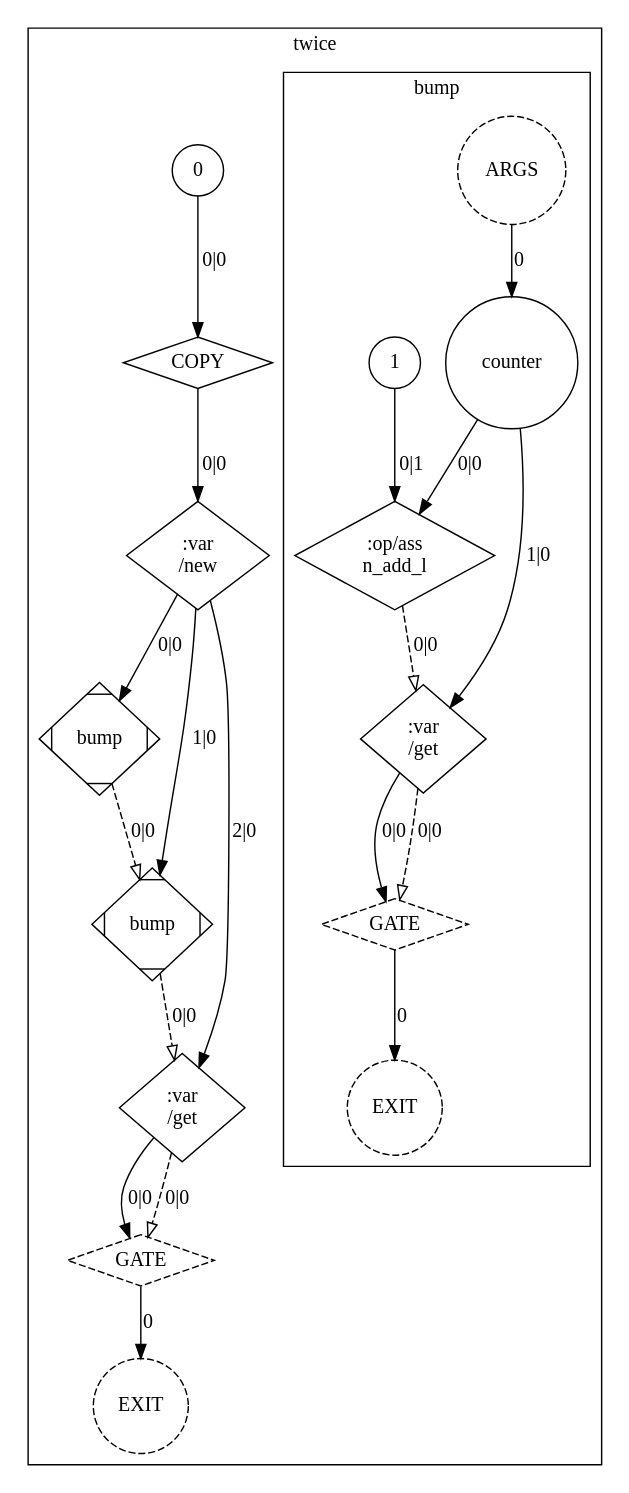
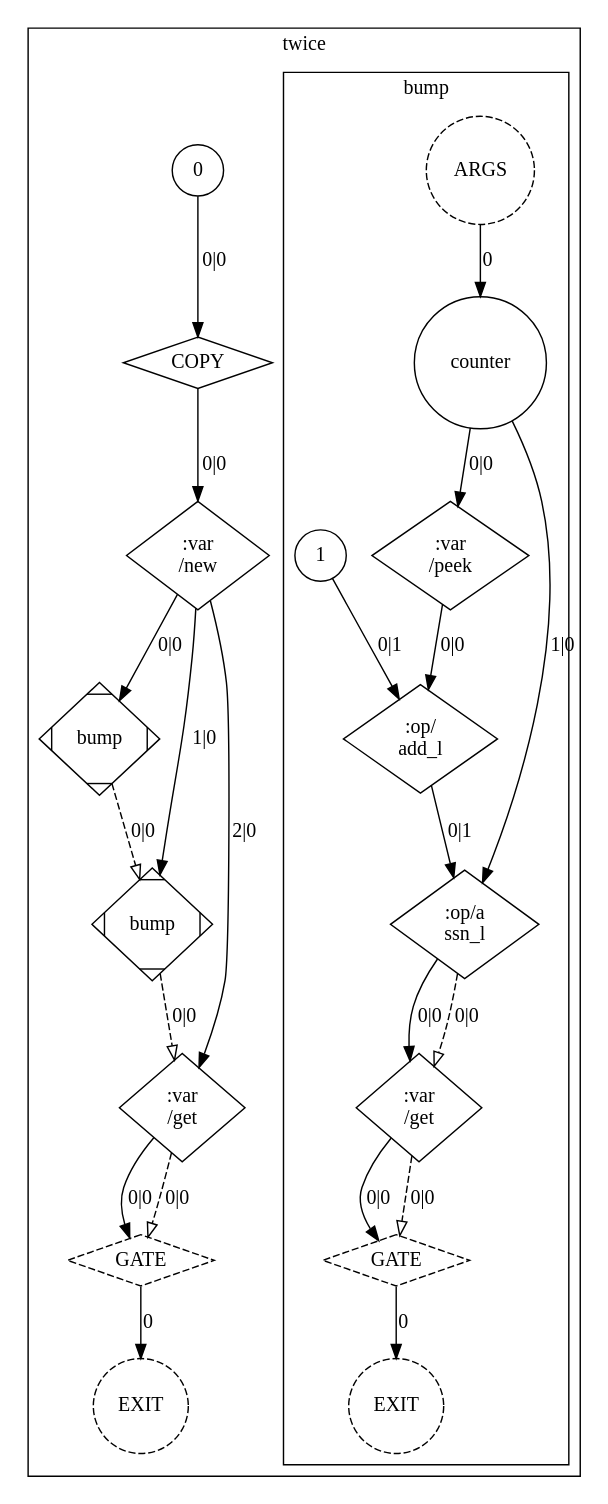
Before and after one commit to OpenCML/Camel: the diagram in docs/tutorial/images/10_var_order.dot, drawn with Graphviz. The commit also changed 1 other file, not shown here.

Commit message:
The order picture is redrawn from the merged tree: the array alias and the slice changes moved the graph's nodes, so the stored drawing followed the compiler rather than the other way round

```diff
--- a/docs/tutorial/images/10_var_order.dot
+++ b/docs/tutorial/images/10_var_order.dot
@@ -1,43 +1,48 @@
 digraph GraphIR {
         subgraph cluster_F02 {
             label="twice";
             tooltip="() => int";
             subgraph cluster_F03 {
                 label="bump";
                 tooltip="(var counter: int) => int";
                 F03 [label="ARGS", type="ARGS", style=dashed, shape=circle];
                 O03 [label="EXIT", type="EXIT", style=dashed, shape=circle];
                 N00 [label="counter", type="PORT", param_name="counter", param_kind="normal", param_index="0", value_type="var int", shape=circle, style=solid, tooltip="counter"];
                 N01 [label="1", type="DATA", shape=circle, style=solid, value_type="int", tooltip="1"];
-                N02 [label=":op/ass\nn_add_l", type="OPER", shape=diamond, style=solid, value_type="int", tooltip=":op/assn_add_l"];
-                N03 [label=":var\n/get", type="OPER", shape=diamond, style=solid, value_type="int", tooltip=":var/get"];
-                N04 [label="GATE", type="GATE", shape=diamond, style=dashed, value_type="int", tooltip="GATE"];
+                N02 [label=":var\n/peek", type="OPER", shape=diamond, style=solid, value_type="int", tooltip=":var/peek"];
+                N03 [label=":op/\nadd_l", type="OPER", shape=diamond, style=solid, value_type="int", tooltip=":op/add_l"];
+                N04 [label=":op/a\nssn_l", type="OPER", shape=diamond, style=solid, value_type="var int", tooltip=":op/assn_l"];
+                N05 [label=":var\n/get", type="OPER", shape=diamond, style=solid, value_type="int", tooltip=":var/get"];
+                N06 [label="GATE", type="GATE", shape=diamond, style=dashed, value_type="int", tooltip="GATE"];
                 F03 -> N00 [label="0", type="NORM_PORT", style=solid];
-                N04 -> O03 [label="0", type="EXIT", style=solid];
+                N06 -> O03 [label="0", type="EXIT", style=solid];
                 N00 -> N02 [label="0|0", type="NORM"];
-                N01 -> N02 [label="0|1", type="NORM"];
-                N00 -> N03 [label="1|0", type="NORM"];
-                N02 -> N03 [label="0|0", type="CTRL", style=dashed, arrowhead=empty];
-                N03 -> N04 [label="0|0", type="NORM"];
-                N03 -> N04 [label="0|0", type="CTRL", style=dashed, arrowhead=empty];
+                N02 -> N03 [label="0|0", type="NORM"];
+                N01 -> N03 [label="0|1", type="NORM"];
+                N00 -> N04 [label="1|0", type="NORM"];
+                N03 -> N04 [label="0|1", type="NORM"];
+                N04 -> N05 [label="0|0", type="NORM"];
+                N04 -> N05 [label="0|0", type="CTRL", style=dashed, arrowhead=empty];
+                N05 -> N06 [label="0|0", type="NORM"];
+                N05 -> N06 [label="0|0", type="CTRL", style=dashed, arrowhead=empty];
             }
             O02 [label="EXIT", type="EXIT", style=dashed, shape=circle];
-            N05 [label="0", type="DATA", shape=circle, style=solid, value_type="int", tooltip="0"];
-            N06 [label="COPY", type="COPY", shape=diamond, style=solid, value_type="int", tooltip="COPY"];
-            N07 [label=":var\n/new", type="OPER", shape=diamond, style=solid, value_type="var int", tooltip=":var/new"];
-            N08 [label="bump", type="FUNC", shape=Mdiamond, style=solid, width=1.1, height=1.1, value_type="int", tooltip="bump"];
-            N09 [label="bump", type="FUNC", shape=Mdiamond, style=solid, width=1.1, height=1.1, value_type="int", tooltip="bump"];
-            N0A [label=":var\n/get", type="OPER", shape=diamond, style=solid, value_type="int", tooltip=":var/get"];
-            N0B [label="GATE", type="GATE", shape=diamond, style=dashed, value_type="int", tooltip="GATE"];
-            N0B -> O02 [label="0", type="EXIT", style=solid];
-            N05 -> N06 [label="0|0", type="NORM"];
-            N06 -> N07 [label="0|0", type="NORM"];
+            N07 [label="0", type="DATA", shape=circle, style=solid, value_type="int", tooltip="0"];
+            N08 [label="COPY", type="COPY", shape=diamond, style=solid, value_type="int", tooltip="COPY"];
+            N09 [label=":var\n/new", type="OPER", shape=diamond, style=solid, value_type="var int", tooltip=":var/new"];
+            N0A [label="bump", type="FUNC", shape=Mdiamond, style=solid, width=1.1, height=1.1, value_type="int", tooltip="bump"];
+            N0B [label="bump", type="FUNC", shape=Mdiamond, style=solid, width=1.1, height=1.1, value_type="int", tooltip="bump"];
+            N0C [label=":var\n/get", type="OPER", shape=diamond, style=solid, value_type="int", tooltip=":var/get"];
+            N0D [label="GATE", type="GATE", shape=diamond, style=dashed, value_type="int", tooltip="GATE"];
+            N0D -> O02 [label="0", type="EXIT", style=solid];
             N07 -> N08 [label="0|0", type="NORM"];
-            N07 -> N09 [label="1|0", type="NORM"];
-            N08 -> N09 [label="0|0", type="CTRL", style=dashed, arrowhead=empty];
-            N07 -> N0A [label="2|0", type="NORM"];
-            N09 -> N0A [label="0|0", type="CTRL", style=dashed, arrowhead=empty];
-            N0A -> N0B [label="0|0", type="NORM"];
+            N08 -> N09 [label="0|0", type="NORM"];
+            N09 -> N0A [label="0|0", type="NORM"];
+            N09 -> N0B [label="1|0", type="NORM"];
             N0A -> N0B [label="0|0", type="CTRL", style=dashed, arrowhead=empty];
+            N09 -> N0C [label="2|0", type="NORM"];
+            N0B -> N0C [label="0|0", type="CTRL", style=dashed, arrowhead=empty];
+            N0C -> N0D [label="0|0", type="NORM"];
+            N0C -> N0D [label="0|0", type="CTRL", style=dashed, arrowhead=empty];
         }
 }
```
